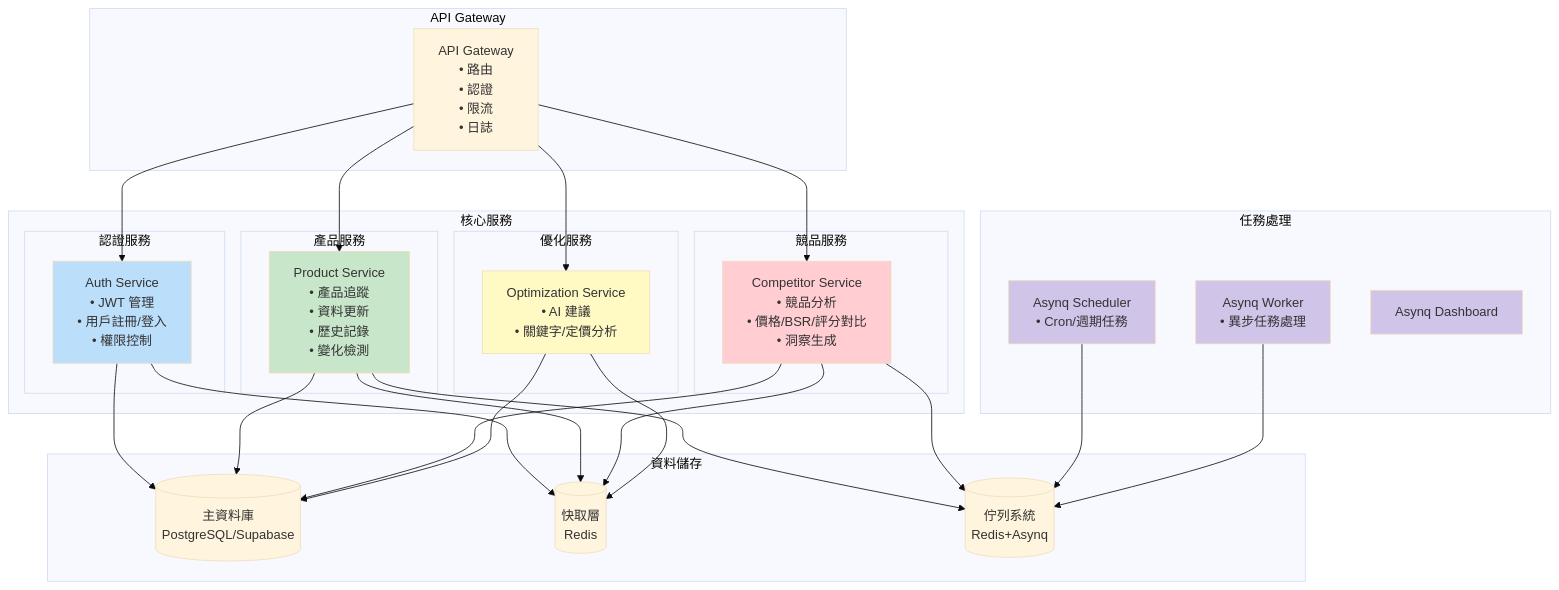
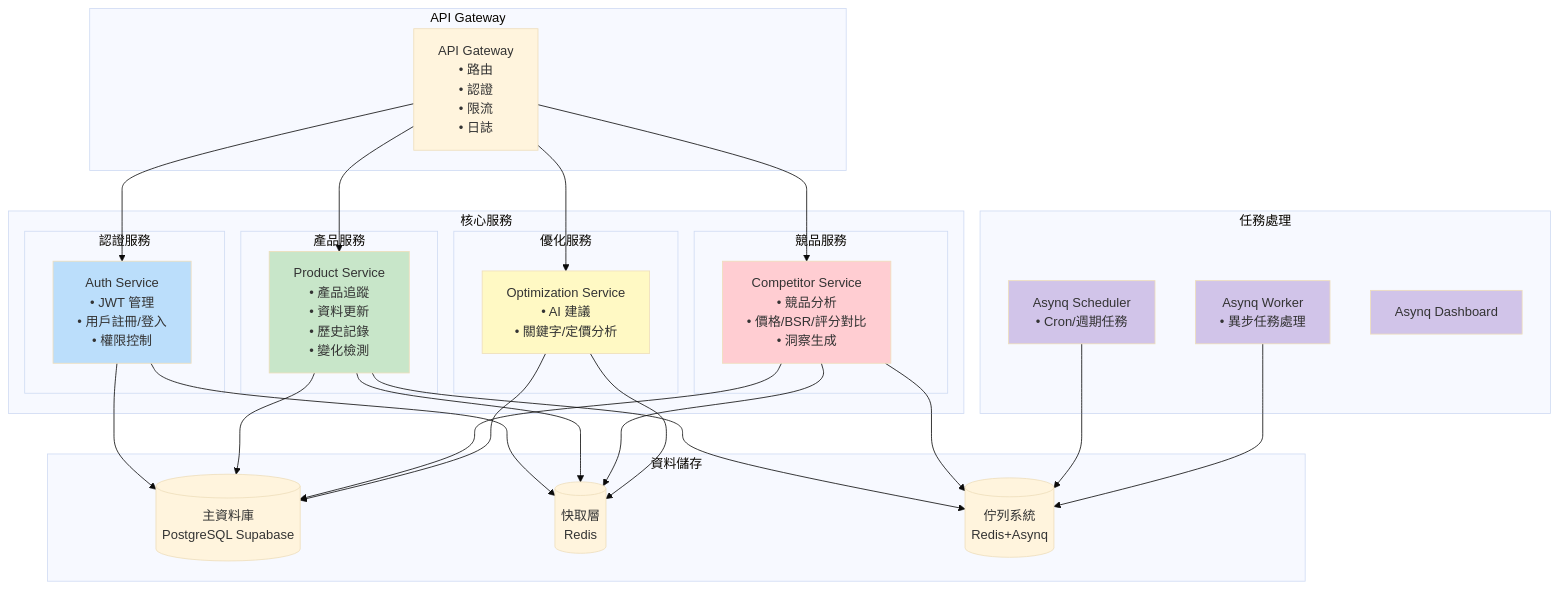
The second of 9 diagrams in ARCHITECTURE_DIAGRAMS.md (yangyao/amazon-pilot), drawn with Mermaid (base theme) before and after one commit. The commit also changed other lines of this file, not shown here.

Commit message:
修复架构图

````diff
--- a/ARCHITECTURE_DIAGRAMS.md
+++ b/ARCHITECTURE_DIAGRAMS.md
@@ -121,67 +121,67 @@
 ```mermaid
 graph TB
     subgraph "API Gateway"
         AG[API Gateway<br/>• 路由<br/>• 認證<br/>• 限流<br/>• 日誌]
     end
 
     subgraph "核心服務"
         subgraph "認證服務"
             AUTH[Auth Service<br/>• JWT 管理<br/>• 用戶註冊/登入<br/>• 權限控制]
         end
         
         subgraph "產品服務"
             PROD[Product Service<br/>• 產品追蹤<br/>• 資料更新<br/>• 歷史記錄<br/>• 變化檢測]
         end
         
         subgraph "競品服務"
             COMP[Competitor Service<br/>• 競品分析<br/>• 價格/BSR/評分對比<br/>• 洞察生成]
         end
         
         subgraph "優化服務"
             OPT[Optimization Service<br/>• AI 建議<br/>• 關鍵字/定價分析]
         end
     end
 
     subgraph "任務處理"
         WORKER[Asynq Worker<br/>• 異步任務處理]
         SCHED[Asynq Scheduler<br/>• Cron/週期任務]
         DASH[Asynq Dashboard]
     end
 
     subgraph "資料儲存"
-        PRIMARY[(主資料庫<br/>PostgreSQL/Supabase)]
+        PRIMARY[(主資料庫<br/>PostgreSQL Supabase)]
         CACHE[(快取層<br/>Redis)]
         QUEUE[(佇列系統<br/>Redis+Asynq)]
     end
 
     %% 連接關係
     AG --> AUTH
     AG --> PROD
     AG --> COMP
     AG --> OPT
     
     AUTH --> PRIMARY
     AUTH --> CACHE
     
     PROD --> PRIMARY
     PROD --> CACHE
     PROD --> QUEUE
     
     COMP --> PRIMARY
     COMP --> CACHE
     COMP --> QUEUE
     
     OPT --> PRIMARY
     OPT --> CACHE
     
     SCHED --> QUEUE
     WORKER --> QUEUE
     
     style AUTH fill:#bbdefb
     style PROD fill:#c8e6c9
     style COMP fill:#ffcdd2
     style OPT fill:#fff9c4
     style WORKER fill:#d1c4e9
     style SCHED fill:#d1c4e9
     style DASH fill:#d1c4e9
 ```
````
